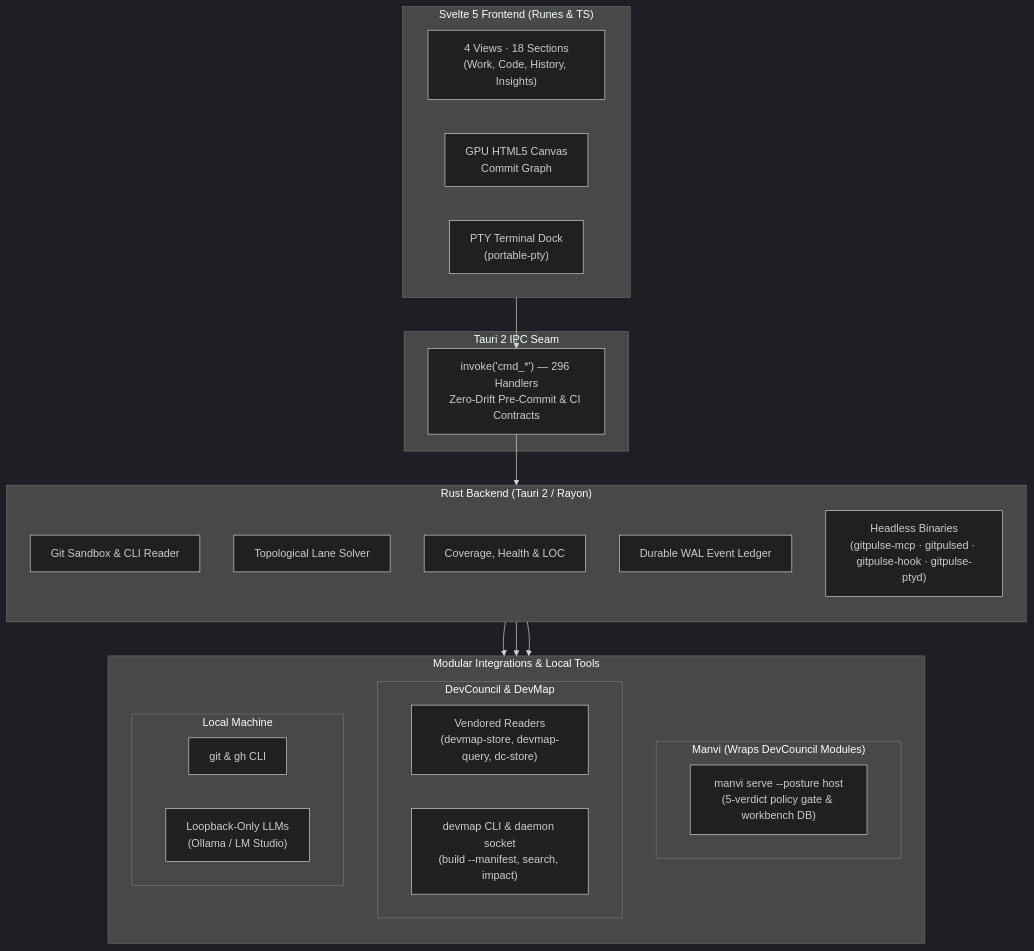
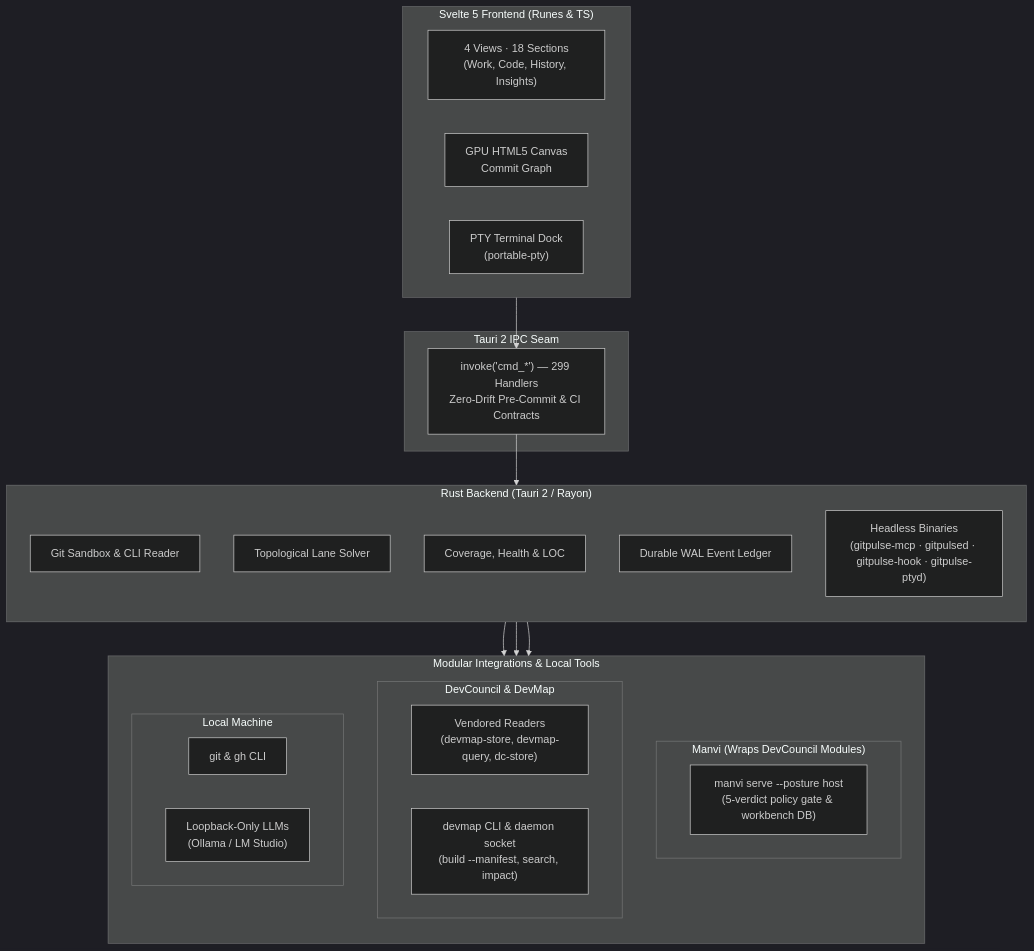
One commit to bharathvbcr/GitPulse changed the diagram in README.md. Above: the diagram before and after it, drawn with Mermaid (dark theme). The commit also changed 12 other files, not shown here.

````diff
--- a/README.md
+++ b/README.md
@@ -126,43 +126,43 @@
 ```mermaid
 flowchart TB
     subgraph Frontend["Svelte 5 Frontend (Runes & TS)"]
         direction LR
         Views["4 Views · 18 Sections<br/>(Work, Code, History, Insights)"]
         Canvas["GPU HTML5 Canvas<br/>Commit Graph"]
         TerminalDock["PTY Terminal Dock<br/>(portable-pty)"]
     end
 
     subgraph IPC["Tauri 2 IPC Seam"]
-        Bridge["invoke('cmd_*') — 296 Handlers<br/>Zero-Drift Pre-Commit & CI Contracts"]
+        Bridge["invoke('cmd_*') — 299 Handlers<br/>Zero-Drift Pre-Commit & CI Contracts"]
     end
 
     subgraph Backend["Rust Backend (Tauri 2 / Rayon)"]
         direction TB
         GitEngine["Git Sandbox & CLI Reader"]
         LaneSolver["Topological Lane Solver"]
         Analyzers["Coverage, Health & LOC"]
         Ledger["Durable WAL Event Ledger"]
         Headless["Headless Binaries<br/>(gitpulse-mcp · gitpulsed · gitpulse-hook · gitpulse-ptyd)"]
     end
 
     subgraph Integrations["Modular Integrations & Local Tools"]
         direction TB
         subgraph ManviWrap["Manvi (Wraps DevCouncil Modules)"]
             ManviSidecar["manvi serve --posture host<br/>(5-verdict policy gate & workbench DB)"]
         end
         subgraph DevCouncilMods["DevCouncil & DevMap"]
             Vendored["Vendored Readers<br/>(devmap-store, devmap-query, dc-store)"]
             DevMapCLI["devmap CLI & daemon socket<br/>(build --manifest, search, impact)"]
         end
         subgraph LocalTools["Local Machine"]
             CLI["git & gh CLI"]
             LocalLLM["Loopback-Only LLMs<br/>(Ollama / LM Studio)"]
         end
     end
 
     Frontend --> Bridge
     Bridge --> Backend
     Backend --> ManviWrap
     Backend --> DevCouncilMods
     Backend --> LocalTools
 ```
````
